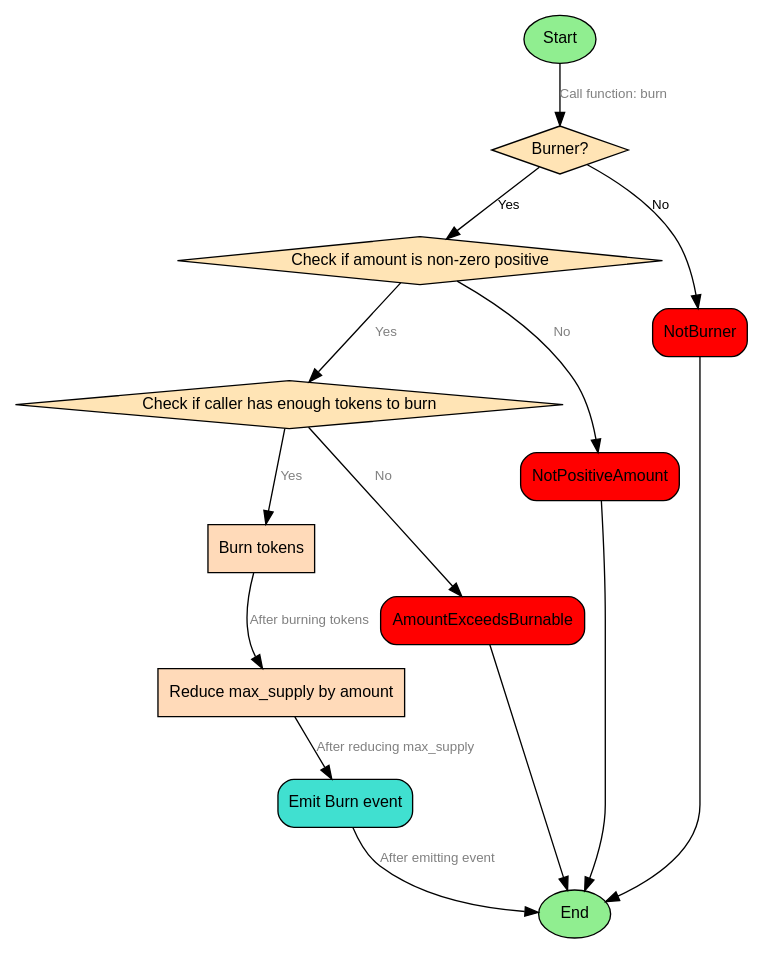
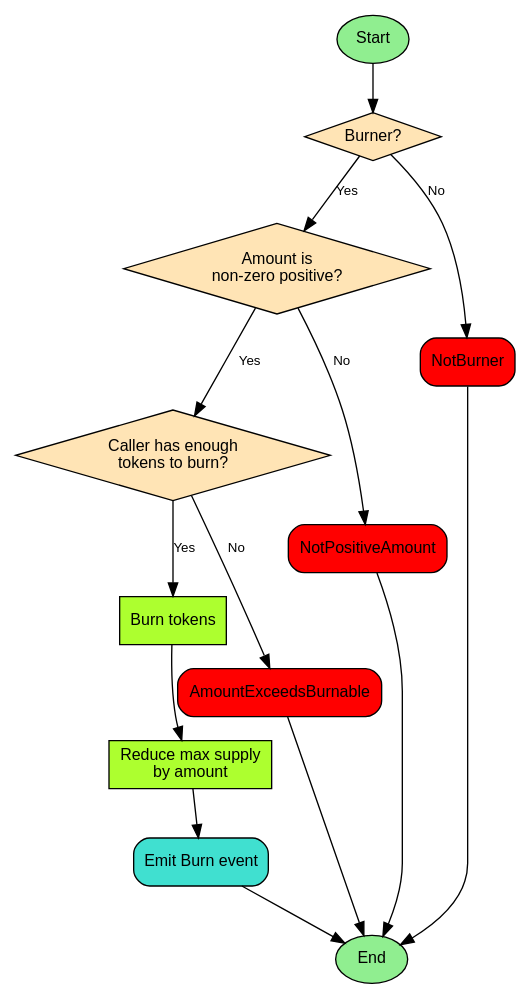
The diagram in doc/burn.dot (0xJournal/contracts-0xJ__GovernanceToken), drawn with Graphviz before and after one commit. The commit also changed 1 other file, not shown here.

```diff
--- a/doc/burn.dot
+++ b/doc/burn.dot
@@ -1,36 +1,36 @@
 digraph {
     node [shape = box; style = "rounded, filled"; fillcolor = "#F5F5F5"; fontname = "Arial"; fontsize = 12;];
     edge [fontname = "Arial"; fontsize = 10;];
     
     start [label = "Start";shape = "ellipse";style = "filled";fillcolor = "#90EE90";];
     
-    start -> burnerCheck [label = "Call function: burn"; fontsize = 10; fontcolor = "#808080";];
+    start -> burnerCheck;
     
 	burnerCheck [label = "Burner?";shape = "diamond";style = "filled";fillcolor = "#FFE4B5";];
 	burnerCheck -> checkAmount [label = "Yes"; fontsize = 10;];
 	burnerCheck -> revertNotBurner [label = "No"; fontsize = 10;];
     revertNotBurner [label = "NotBurner";shape = "box";style = "rounded,filled";fillcolor = "red";];
 	revertNotBurner -> end;
 
-    checkAmount [label = "Check if amount is non-zero positive";shape = "diamond";style = "filled";fillcolor = "#FFE4B5";];
-    checkBalance [label = "Check if caller has enough tokens to burn";shape = "diamond";style = "filled";fillcolor = "#FFE4B5";];
-    burnTokens [label = "Burn tokens";style = "filled";fillcolor = "#FFDAB9";];
-    reduceMaxSupply [label = "Reduce max_supply by amount";style = "filled";fillcolor = "#FFDAB9";];
+    checkAmount [label = "Amount is \nnon-zero positive?";shape = "diamond";style = "filled";fillcolor = "#FFE4B5";];
+    checkBalance [label = "Caller has enough \ntokens to burn?";shape = "diamond";style = "filled";fillcolor = "#FFE4B5";];
+    burnTokens [label = "Burn tokens";style = "filled";fillcolor = "greenyellow";];
+    reduceMaxSupply [label = "Reduce max supply\nby amount";style = "filled";fillcolor = "greenyellow";];
     emitEvent [label = "Emit Burn event";shape = "box";style = "rounded,filled";fillcolor = "turquoise";];
     end [label = "End";shape = "ellipse";style = "filled";fillcolor = "#90EE90";];
     revertNotPositiveAmount [label = "NotPositiveAmount";shape = "box";style = "rounded,filled";fillcolor = "red";];
     revertAmountExceedsBurnable [label = "AmountExceedsBurnable";shape = "box";style = "rounded,filled";fillcolor = "red";];
 
     
-    checkAmount -> checkBalance [label = "Yes"; fontsize = 10; fontcolor = "#808080";];
-    checkAmount -> revertNotPositiveAmount [label = "No"; fontsize = 10; fontcolor = "#808080";];
+    checkAmount -> checkBalance [label = "Yes"; fontsize = 10;];
+    checkAmount -> revertNotPositiveAmount [label = "No"; fontsize = 10;];
     revertNotPositiveAmount -> end;
     
-    checkBalance -> burnTokens [label = "Yes"; fontsize = 10; fontcolor = "#808080";];
-    checkBalance -> revertAmountExceedsBurnable [label = "No"; fontsize = 10; fontcolor = "#808080";];
+    checkBalance -> burnTokens [label = "Yes"; fontsize = 10;];
+    checkBalance -> revertAmountExceedsBurnable [label = "No"; fontsize = 10;];
     revertAmountExceedsBurnable -> end;
     
-    burnTokens -> reduceMaxSupply [label = "After burning tokens"; fontsize = 10; fontcolor = "#808080";];
-    reduceMaxSupply -> emitEvent [label = "After reducing max_supply"; fontsize = 10; fontcolor = "#808080";];
-    emitEvent -> end [label = "After emitting event"; fontsize = 10; fontcolor = "#808080";];
+    burnTokens -> reduceMaxSupply;
+    reduceMaxSupply -> emitEvent;
+    emitEvent -> end;
 }
```
